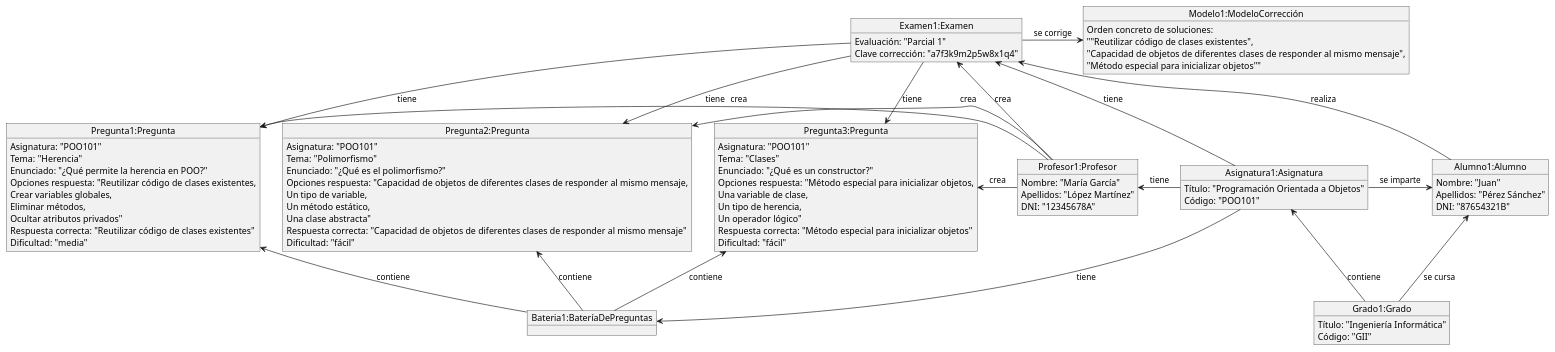
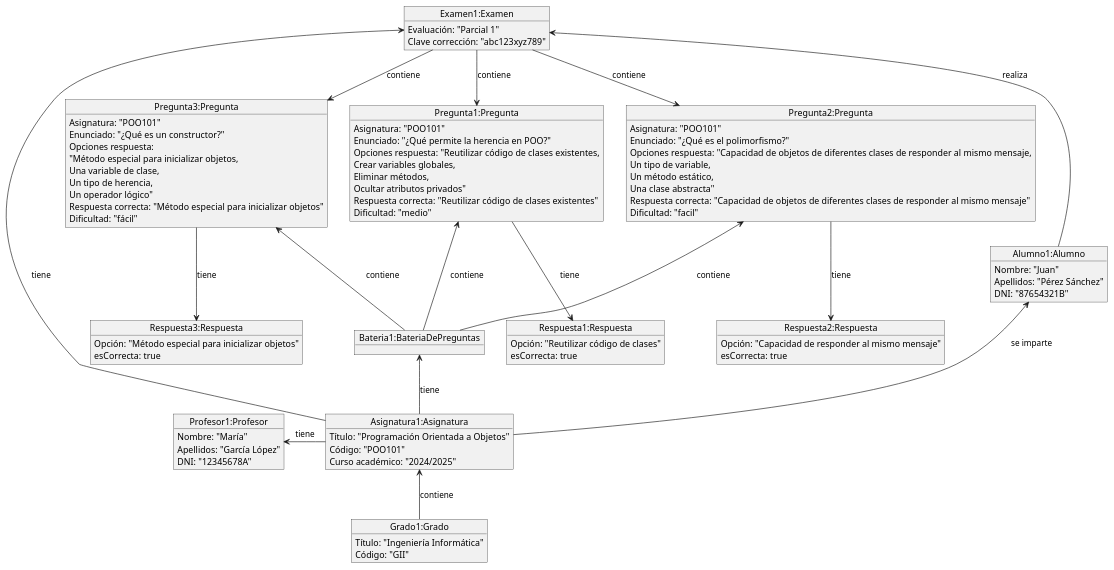
Before and after one commit to martinlopez7/25-26-IdSw1-SdR: the diagram in documents/modelos/diagramas/diagramaObjetos/diagramaObjetos.puml, drawn with PlantUML.

Commit message:
fix(mdd): Corrige el código del diagrama de objetos en base al diagrama de entidades [refs #41]

```diff
--- a/documents/modelos/diagramas/diagramaObjetos/diagramaObjetos.puml
+++ b/documents/modelos/diagramas/diagramaObjetos/diagramaObjetos.puml
@@ -1,89 +1,97 @@
 @startuml
+
+object "Examen1:Examen" as exam1 {
+  Evaluación: "Parcial 1"
+  Clave corrección: "abc123xyz789"
+}
 
 object "Grado1:Grado" as grado1 {
   Título: "Ingeniería Informática"
   Código: "GII"
+}
+
+object "Asignatura1:Asignatura" as asig1 {
+  Título: "Programación Orientada a Objetos"
+  Código: "POO101"
+  Curso académico: "2024/2025"
+}
+
+object "Profesor1:Profesor" as prof1 {
+  Nombre: "María"
+  Apellidos: "García López"
+  DNI: "12345678A"
 }
 
 object "Alumno1:Alumno" as alum1 {
   Nombre: "Juan"
   Apellidos: "Pérez Sánchez"
   DNI: "87654321B"
 }
 
-object "Asignatura1:Asignatura" as asig1 {
-  Título: "Programación Orientada a Objetos"
-  Código: "POO101"
-}
-
-object "Profesor1:Profesor" as prof1 {
-  Nombre: "María García"
-  Apellidos: "López Martínez"
-  DNI: "12345678A"
-}
-
-object "Examen1:Examen" as exam1 {
-  Evaluación: "Parcial 1"
-  Clave corrección: "a7f3k9m2p5w8x1q4"
-}
-
-object "Modelo1:ModeloCorrección" as modelo1 {
-  Orden concreto de soluciones: 
-""Reutilizar código de clases existentes",
-"Capacidad de objetos de diferentes clases de responder al mismo mensaje",
-"Método especial para inicializar objetos""
-}
-
-object "Bateria1:BateríaDePreguntas" as bateria1 {
+object "Bateria1:BateriaDePreguntas" as bateria1 {
 }
 
 object "Pregunta1:Pregunta" as preg1 {
   Asignatura: "POO101"
-  Tema: "Herencia"
   Enunciado: "¿Qué permite la herencia en POO?"
   Opciones respuesta: "Reutilizar código de clases existentes,\nCrear variables globales,\nEliminar métodos,\nOcultar atributos privados"
   Respuesta correcta: "Reutilizar código de clases existentes"
-  Dificultad: "media"
+  Dificultad: "medio"
 }
 
 object "Pregunta2:Pregunta" as preg2 {
   Asignatura: "POO101"
-  Tema: "Polimorfismo"
   Enunciado: "¿Qué es el polimorfismo?"
   Opciones respuesta: "Capacidad de objetos de diferentes clases de responder al mismo mensaje,\nUn tipo de variable,\nUn método estático,\nUna clase abstracta"
   Respuesta correcta: "Capacidad de objetos de diferentes clases de responder al mismo mensaje"
-  Dificultad: "fácil"
+  Dificultad: "facil"
 }
 
 object "Pregunta3:Pregunta" as preg3 {
   Asignatura: "POO101"
-  Tema: "Clases"
   Enunciado: "¿Qué es un constructor?"
-  Opciones respuesta: "Método especial para inicializar objetos,\nUna variable de clase,\nUn tipo de herencia,\nUn operador lógico"
+  Opciones respuesta: 
+"Método especial para inicializar objetos,
+Una variable de clase,
+Un tipo de herencia,
+Un operador lógico"
   Respuesta correcta: "Método especial para inicializar objetos"
   Dificultad: "fácil"
 }
 
+object "Respuesta1:Respuesta" as resp1 {
+  Opción: "Reutilizar código de clases"
+  esCorrecta: true
+}
+
+object "Respuesta2:Respuesta" as resp2 {
+  Opción: "Capacidad de responder al mismo mensaje"
+  esCorrecta: true
+}
+
+object "Respuesta3:Respuesta" as resp3 {
+  Opción: "Método especial para inicializar objetos"
+  esCorrecta: true
+}
+
 grado1 -u-> asig1 : contiene
-grado1 -u-> alum1 : se cursa
+asig1 -u-> alum1 : se imparte
 asig1 -l-> prof1 : tiene
 asig1 -u-> exam1 : tiene
-asig1 -r-> alum1 : se imparte
-prof1 -u-> exam1 : crea
-asig1 --> bateria1 : tiene
-preg1 -[hidden]r- preg2
-preg2 -[hidden]r- preg3
-'La flecha de profesor1 a pregunta1 se junta con el margen de pregunta 3 y pregunta 2.
-prof1 -l-> preg1 : crea 
-prof1 -l-> preg2 : crea
-prof1 -l-> preg3 : crea
-exam1 -r-> modelo1 : se corrige
+asig1 -u-> bateria1 : tiene
+
 alum1 -u-> exam1 : realiza
-exam1 -d-> preg1 : tiene
-exam1 -d-> preg2 : tiene
-exam1 -d-> preg3 : tiene
+
 bateria1 -u-> preg1 : contiene
 bateria1 -u-> preg2 : contiene
 bateria1 -u-> preg3 : contiene
 
+exam1 -d-> preg1 : contiene
+exam1 -d-> preg2 : contiene
+exam1 -d-> preg3 : contiene
+
+preg1 -d-> resp1 : tiene
+preg2 -d-> resp2 : tiene
+preg3 -d-> resp3 : tiene
+
 @enduml
```
